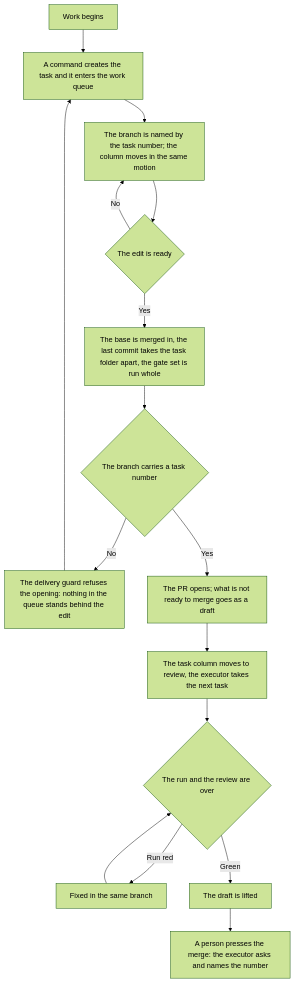
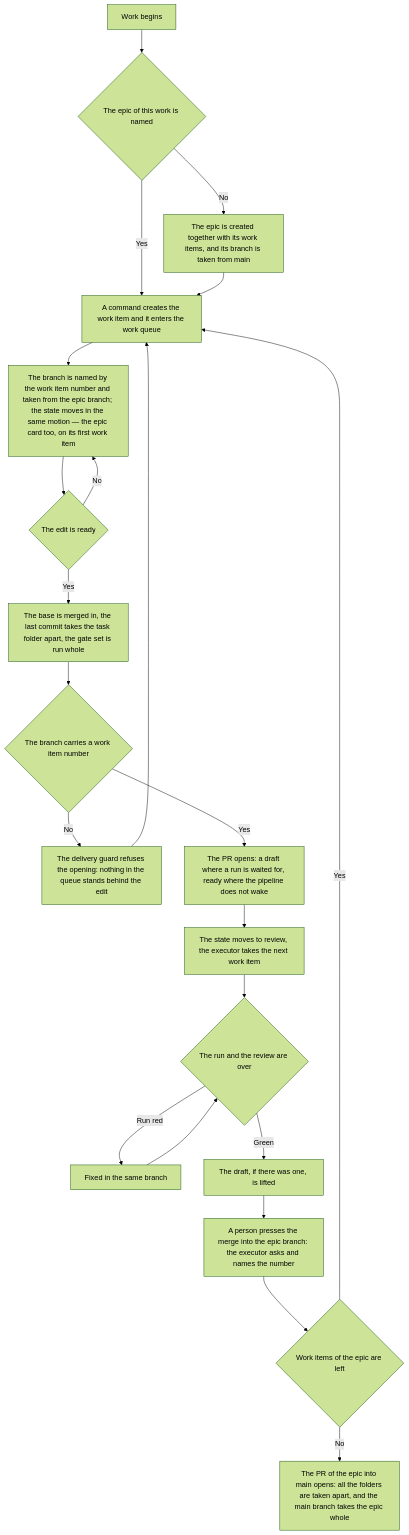
Before and after one commit to Eyhenij/rt-tools: the diagram in projects/agent-kit/assets/rules/git-workflow.azure.md, drawn with Mermaid (forest theme). The commit also changed other lines of this file and 7 other files, not shown here.

````diff
--- a/projects/agent-kit/assets/rules/git-workflow.azure.md
+++ b/projects/agent-kit/assets/rules/git-workflow.azure.md
@@ -43,18 +46,24 @@
 ```mermaid
 flowchart TD
-    A[Work begins] --> B[A command creates the task and it enters the work queue]
-    B --> C[The branch is named by the task number; the column moves in the same motion]
+    A[Work begins] --> Z{The epic of this work is named}
+    Z -->|No| Y[The epic is created together with its work items, and its branch is taken from main]
+    Z -->|Yes| B[A command creates the work item and it enters the work queue]
+    Y --> B
+    B --> C[The branch is named by the work item number and taken from the epic branch; the state moves in the same motion — the epic card too, on its first work item]
     C --> D{The edit is ready}
     D -->|No| C
     D -->|Yes| E[The base is merged in, the last commit takes the task folder apart, the gate set is run whole]
-    E --> F{The branch carries a task number}
+    E --> F{The branch carries a work item number}
     F -->|No| G[The delivery guard refuses the opening: nothing in the queue stands behind the edit]
-    F -->|Yes| H[The PR opens; what is not ready to merge goes as a draft]
-    H --> I[The task column moves to review, the executor takes the next task]
+    F -->|Yes| H[The PR opens: a draft where a run is waited for, ready where the pipeline does not wake]
+    H --> I[The state moves to review, the executor takes the next work item]
     I --> J{The run and the review are over}
     J -->|Run red| K[Fixed in the same branch]
     K --> J
-    J -->|Green| L[The draft is lifted]
-    L --> M[A person presses the merge: the executor asks and names the number]
+    J -->|Green| L[The draft, if there was one, is lifted]
+    L --> M[A person presses the merge into the epic branch: the executor asks and names the number]
+    M --> N{Work items of the epic are left}
+    N -->|Yes| B
+    N -->|No| O[The PR of the epic into main opens: all the folders are taken apart, and the main branch takes the epic whole]
     G --> B
 ```
````
